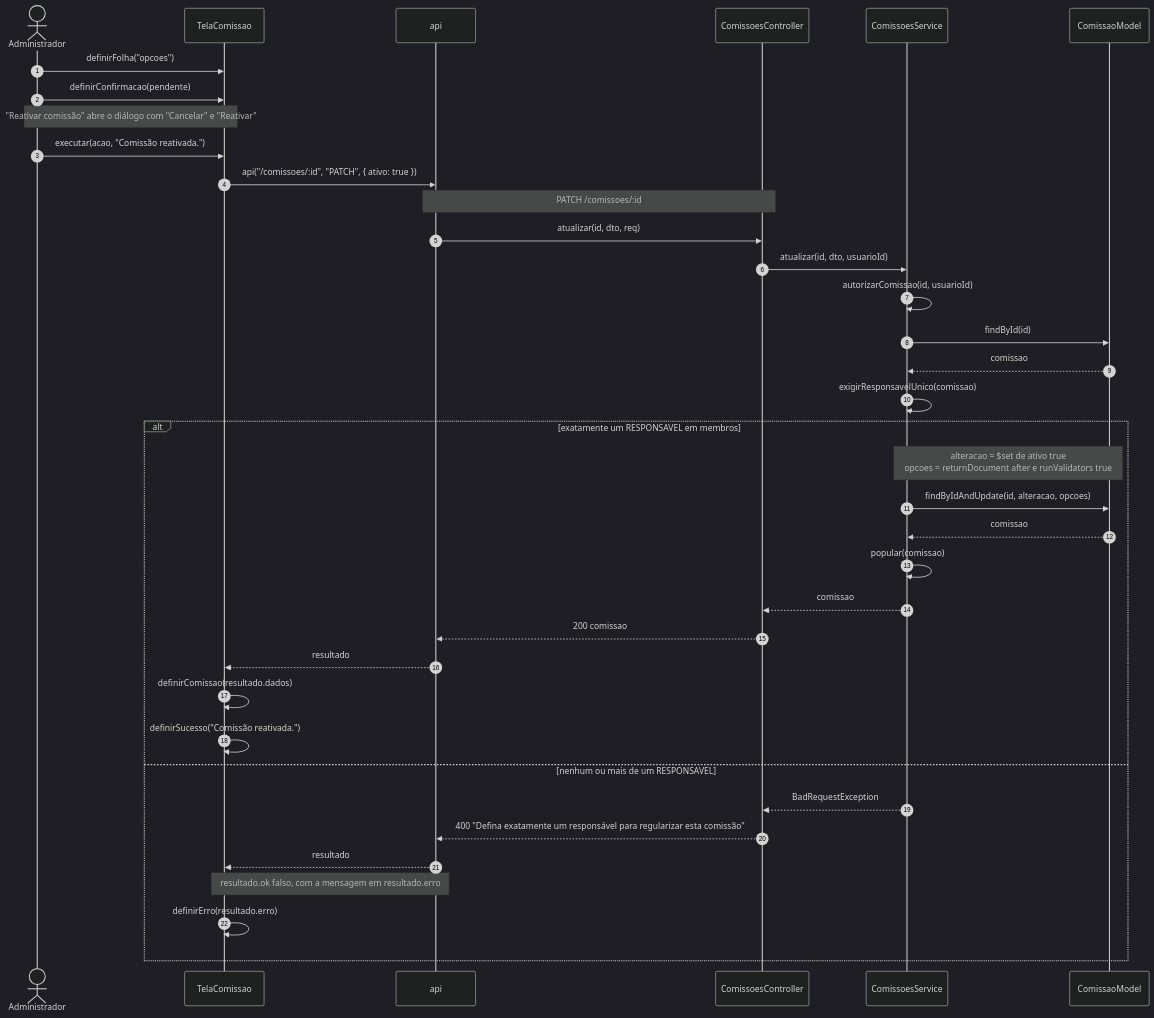
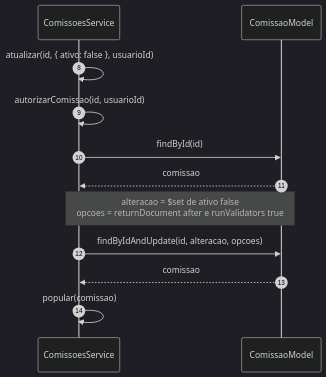
Diagram 16 of 28 in 2 - Incremento 1/cadastro-comissao/6 - diagramas-sequencia-cadastro-comissao.md (Conecta-IFSP/DOCUMENTATION), drawn with Mermaid (dark theme) before and after one commit. The commit also changed other lines of this file and 5 other files, not shown here.

Commit message:
Divide os diagramas de sequência dos incrementos 1 e 2 em partes legíveis

````diff
--- a/2 - Incremento 1/cadastro-comissao/6 - diagramas-sequencia-cadastro-comissao.md
+++ b/2 - Incremento 1/cadastro-comissao/6 - diagramas-sequencia-cadastro-comissao.md
@@ -284,39 +437,14 @@
 ```mermaid
 sequenceDiagram
-    autonumber
-    actor U as Administrador
-    participant T as TelaComissao
-    participant A as api
-    participant C as ComissoesController
+    autonumber 8
     participant S as ComissoesService
     participant M as ComissaoModel
-    U->>T: definirFolha("opcoes")
-    U->>T: definirConfirmacao(pendente)
-    Note over U,T: "Reativar comissão" abre o diálogo com "Cancelar" e "Reativar"
-    U->>T: executar(acao, "Comissão reativada.")
-    T->>A: api("/comissoes/:id", "PATCH", { ativo: true })
-    Note over A,C: PATCH /comissoes/:id
-    A->>C: atualizar(id, dto, req)
-    C->>S: atualizar(id, dto, usuarioId)
+    S->>S: atualizar(id, { ativo: false }, usuarioId)
     S->>S: autorizarComissao(id, usuarioId)
     S->>M: findById(id)
     M-->>S: comissao
-    S->>S: exigirResponsavelUnico(comissao)
-    alt exatamente um RESPONSAVEL em membros
-        Note over S,M: alteracao = $set de ativo true<br/>opcoes = returnDocument after e runValidators true
-        S->>M: findByIdAndUpdate(id, alteracao, opcoes)
-        M-->>S: comissao
-        S->>S: popular(comissao)
-        S-->>C: comissao
-        C-->>A: 200 comissao
-        A-->>T: resultado
-        T->>T: definirComissao(resultado.dados)
-        T->>T: definirSucesso("Comissão reativada.")
-    else nenhum ou mais de um RESPONSAVEL
-        S-->>C: BadRequestException
-        C-->>A: 400 "Defina exatamente um responsável para regularizar esta comissão"
-        A-->>T: resultado
-        Note over T,A: resultado.ok falso, com a mensagem em resultado.erro
-        T->>T: definirErro(resultado.erro)
-    end
+    Note over S,M: alteracao = $set de ativo false<br/>opcoes = returnDocument after e runValidators true
+    S->>M: findByIdAndUpdate(id, alteracao, opcoes)
+    M-->>S: comissao
+    S->>S: popular(comissao)
 ```
````
